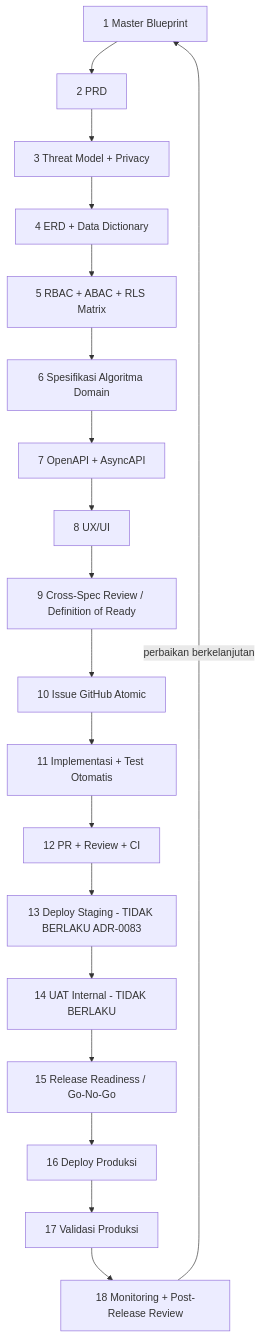
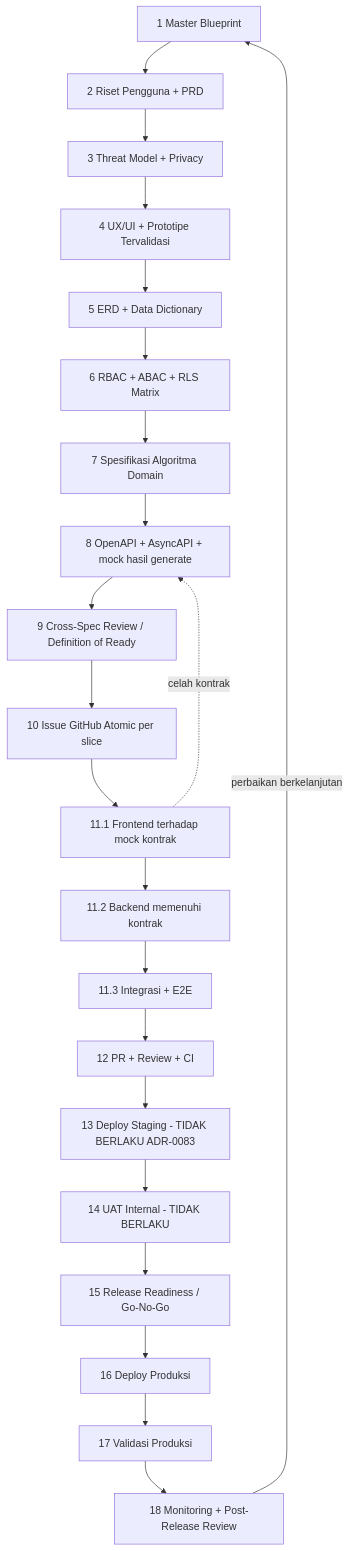
The diagram in docs/awcms/alur-pengembangan.id.md (ahliweb/awcms), drawn with Mermaid before and after one commit. The commit also changed other lines of this file and 11 other files, not shown here.

First line of the commit message:
docs(adr): adopt development flow v2 - validated UX/UI before data model, frontend -> backend -> integration per slice (ADR-0156) (#1213)

````diff
--- a/docs/awcms/alur-pengembangan.id.md
+++ b/docs/awcms/alur-pengembangan.id.md
@@ -23,21 +31,24 @@
 ```mermaid
 flowchart TD
-  S1[1 Master Blueprint] --> S2[2 PRD]
+  S1[1 Master Blueprint] --> S2[2 Riset Pengguna + PRD]
   S2 --> S3[3 Threat Model + Privacy]
-  S3 --> S4[4 ERD + Data Dictionary]
-  S4 --> S5[5 RBAC + ABAC + RLS Matrix]
-  S5 --> S6[6 Spesifikasi Algoritma Domain]
-  S6 --> S7[7 OpenAPI + AsyncAPI]
-  S7 --> S8[8 UX/UI]
+  S3 --> S4[4 UX/UI + Prototipe Tervalidasi]
+  S4 --> S5[5 ERD + Data Dictionary]
+  S5 --> S6[6 RBAC + ABAC + RLS Matrix]
+  S6 --> S7[7 Spesifikasi Algoritma Domain]
+  S7 --> S8[8 OpenAPI + AsyncAPI + mock hasil generate]
   S8 --> S9[9 Cross-Spec Review / Definition of Ready]
-  S9 --> S10[10 Issue GitHub Atomic]
-  S10 --> S11[11 Implementasi + Test Otomatis]
-  S11 --> S12[12 PR + Review + CI]
+  S9 --> S10[10 Issue GitHub Atomic per slice]
+  S10 --> S111[11.1 Frontend terhadap mock kontrak]
+  S111 --> S112[11.2 Backend memenuhi kontrak]
+  S112 --> S113[11.3 Integrasi + E2E]
+  S113 --> S12[12 PR + Review + CI]
   S12 --> S13[13 Deploy Staging - TIDAK BERLAKU ADR-0083]
   S13 --> S14[14 UAT Internal - TIDAK BERLAKU]
   S14 --> S15[15 Release Readiness / Go-No-Go]
   S15 --> S16[16 Deploy Produksi]
   S16 --> S17[17 Validasi Produksi]
   S17 --> S18[18 Monitoring + Post-Release Review]
   S18 -->|perbaikan berkelanjutan| S1
+  S111 -.->|celah kontrak| S8
 ```
````
